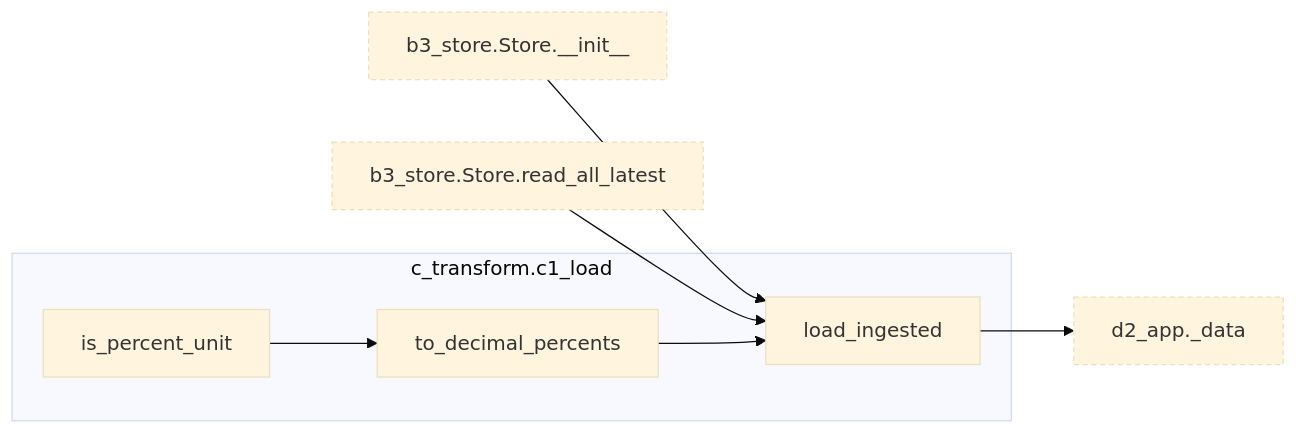
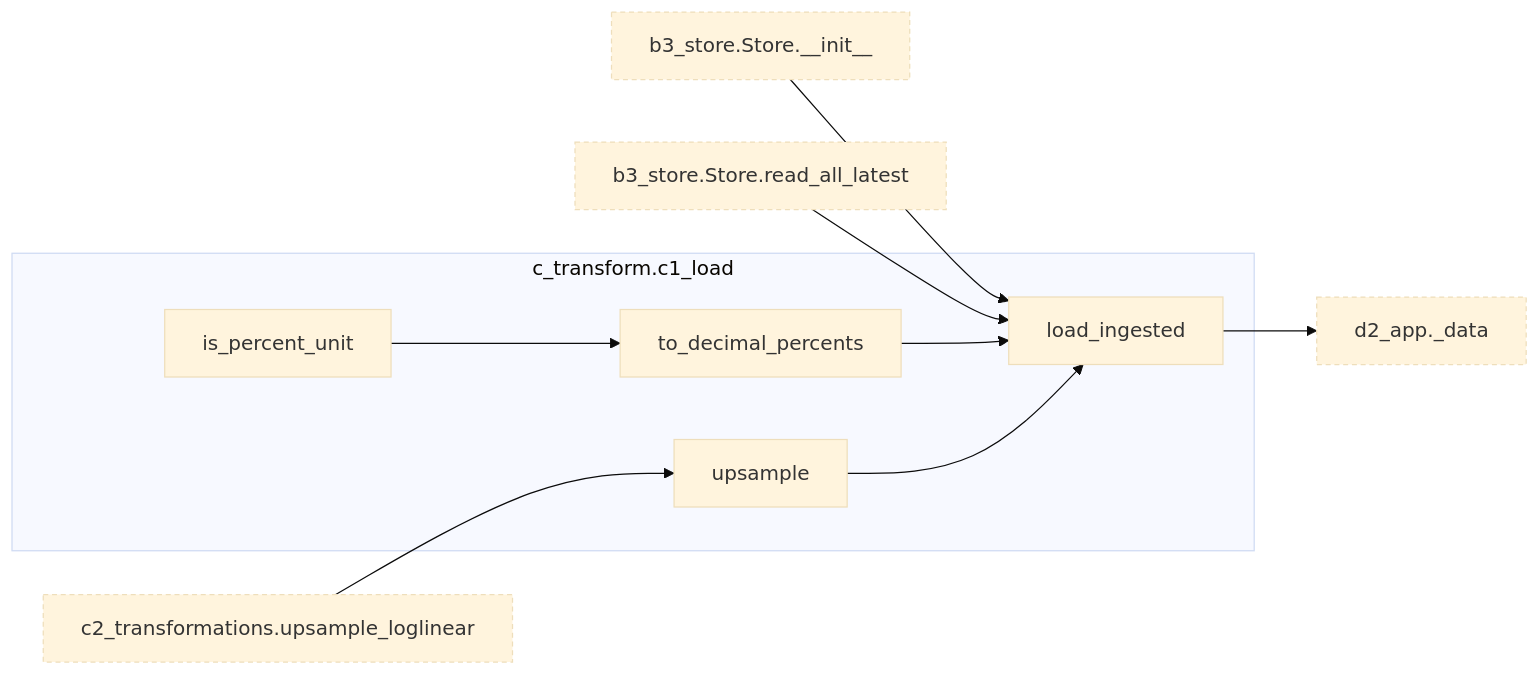
One commit to bsawyerg15/MacroScan changed diagram 11 of 15 in docs/architecture.md. Above: the diagram before and after it, drawn with Mermaid (base theme). The commit also changed other lines of this file and 8 other files, not shown here.

````diff
--- a/docs/architecture.md
+++ b/docs/architecture.md
@@ -924,23 +929,29 @@
 ```mermaid
 flowchart LR
   subgraph this["c_transform.c1_load"]
     n_c_transform_c1_load_is_percent_unit["is_percent_unit"]
     n_c_transform_c1_load_load_ingested["load_ingested"]
     n_c_transform_c1_load_to_decimal_percents["to_decimal_percents"]
+    n_c_transform_c1_load_upsample["upsample"]
   end
   n_b_ingest_b3_store_Store___init__["b3_store.Store.__init__"]:::ext
   n_b_ingest_b3_store_Store_read_all_latest["b3_store.Store.read_all_latest"]:::ext
+  n_c_transform_c2_transformations_upsample_loglinear["c2_transformations.upsample_loglinear"]:::ext
   n_d_visualization_d2_app__data["d2_app._data"]:::ext
   n_b_ingest_b3_store_Store___init__ --> n_c_transform_c1_load_load_ingested
   n_b_ingest_b3_store_Store_read_all_latest --> n_c_transform_c1_load_load_ingested
   n_c_transform_c1_load_to_decimal_percents --> n_c_transform_c1_load_load_ingested
+  n_c_transform_c1_load_upsample --> n_c_transform_c1_load_load_ingested
   n_c_transform_c1_load_is_percent_unit --> n_c_transform_c1_load_to_decimal_percents
+  n_c_transform_c2_transformations_upsample_loglinear --> n_c_transform_c1_load_upsample
   n_c_transform_c1_load_load_ingested --> n_d_visualization_d2_app__data
   click n_b_ingest_b3_store_Store___init__ href "#fn-b_ingest-b3_store-Store.__init__"
   click n_b_ingest_b3_store_Store_read_all_latest href "#fn-b_ingest-b3_store-Store.read_all_latest"
   click n_c_transform_c1_load_is_percent_unit href "#fn-c_transform-c1_load-is_percent_unit"
   click n_c_transform_c1_load_load_ingested href "#fn-c_transform-c1_load-load_ingested"
   click n_c_transform_c1_load_to_decimal_percents href "#fn-c_transform-c1_load-to_decimal_percents"
+  click n_c_transform_c1_load_upsample href "#fn-c_transform-c1_load-upsample"
+  click n_c_transform_c2_transformations_upsample_loglinear href "#fn-c_transform-c2_transformations-upsample_loglinear"
   click n_d_visualization_d2_app__data href "#fn-d_visualization-d2_app-_data"
   classDef ext stroke-dasharray: 4 3
 ```
````
